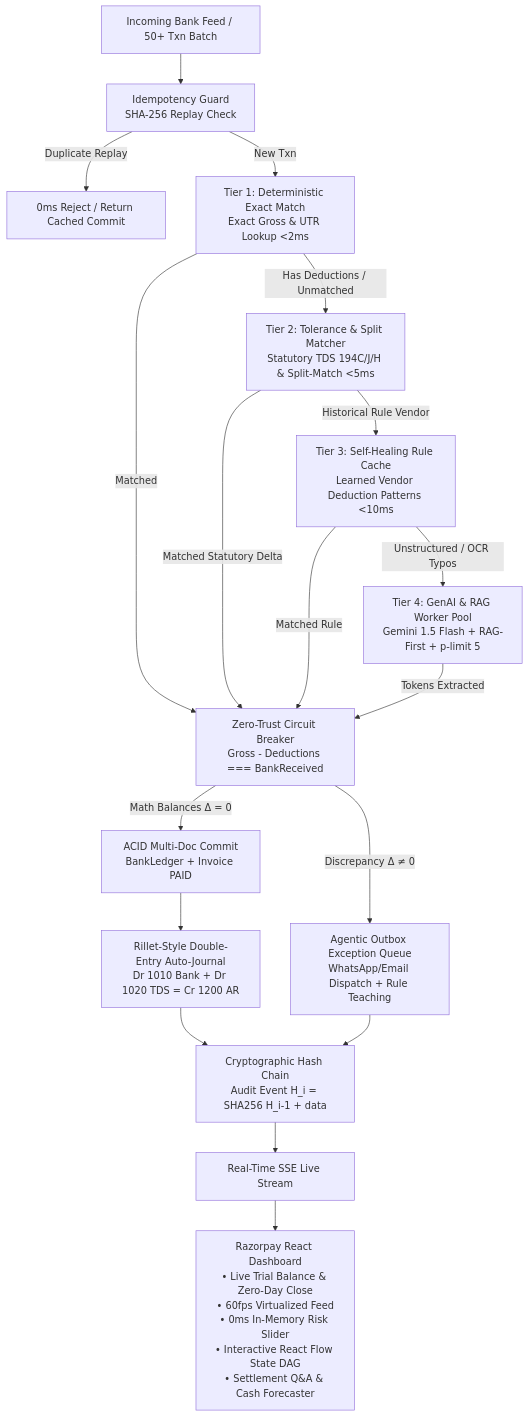
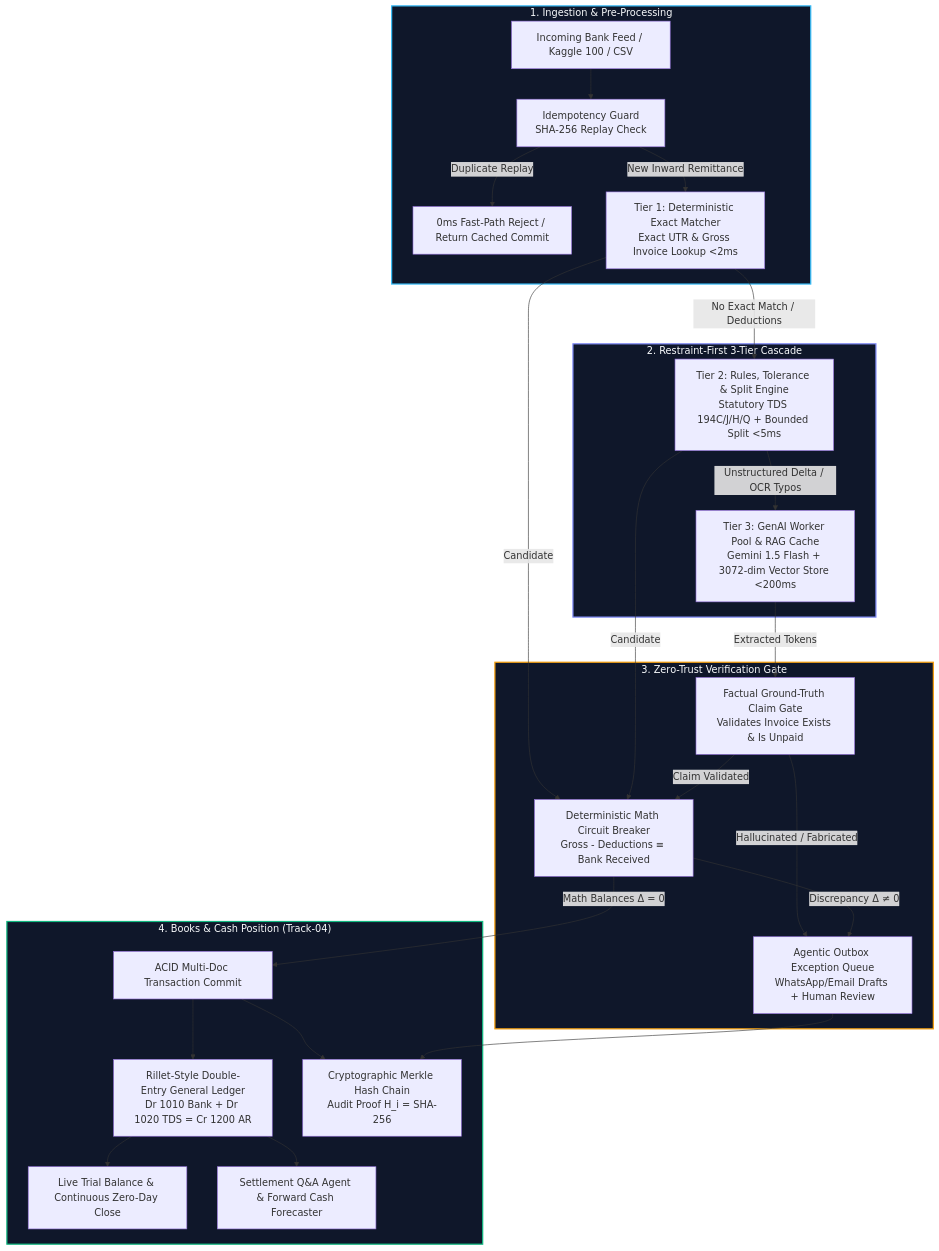
Before and after one commit to aakashverse/recon-ai: the diagram in README.md, drawn with Mermaid. The commit also changed other lines of this file, not shown here.

Commit message:
docs: rewrite README with comprehensive problem, architecture, impact, and rubric mapping

````diff
--- a/README.md
+++ b/README.md
@@ -46,27 +61,37 @@
 ```mermaid
 flowchart TD
-    A[Incoming Bank Feed / 50+ Txn Batch] --> B[Idempotency Guard<br/>SHA-256 Replay Check]
-    B -->|Duplicate Replay| B1[0ms Reject / Return Cached Commit]
-    B -->|New Txn| C[Tier 1: Deterministic Exact Match<br/>Exact Gross & UTR Lookup <2ms]
-    
-    C -->|Matched| CB[Zero-Trust Circuit Breaker<br/>Gross - Deductions === BankReceived]
-    C -->|Has Deductions / Unmatched| D[Tier 2: Tolerance & Split Matcher<br/>Statutory TDS 194C/J/H & Split-Match <5ms]
-    
-    D -->|Matched Statutory Delta| CB
-    D -->|Historical Rule Vendor| E[Tier 3: Self-Healing Rule Cache<br/>Learned Vendor Deduction Patterns <10ms]
-    
-    E -->|Matched Rule| CB
-    E -->|Unstructured / OCR Typos| F[Tier 4: GenAI & RAG Worker Pool<br/>Gemini 1.5 Flash + RAG-First + p-limit 5]
-    
-    F -->|Tokens Extracted| CB
-    
-    CB -->|Math Balances Δ = 0| G[ACID Multi-Doc Commit<br/>BankLedger + Invoice PAID]
-    CB -->|Discrepancy Δ ≠ 0| H[Agentic Outbox Exception Queue<br/>WhatsApp/Email Dispatch + Rule Teaching]
-    
-    G --> GL[Rillet-Style Double-Entry Auto-Journal<br/>Dr 1010 Bank + Dr 1020 TDS = Cr 1200 AR]
-    GL --> I[Cryptographic Hash Chain<br/>Audit Event H_i = SHA256 H_i-1 + data]
-    H --> I
-    
-    I --> J[Real-Time SSE Live Stream]
-    J --> K[Razorpay React Dashboard<br/>• Live Trial Balance & Zero-Day Close<br/>• 60fps Virtualized Feed<br/>• 0ms In-Memory Risk Slider<br/>• Interactive React Flow State DAG<br/>• Settlement Q&A & Cash Forecaster]
+    subgraph INGESTION["1. Ingestion & Pre-Processing"]
+        A[Incoming Bank Feed / Kaggle 100 / CSV] --> B[Idempotency Guard<br/>SHA-256 Replay Check]
+        B -->|Duplicate Replay| B1[0ms Fast-Path Reject / Return Cached Commit]
+        B -->|New Inward Remittance| TIER1
+    end
+
+    subgraph CASCADE["2. Restraint-First 3-Tier Cascade"]
+        TIER1[Tier 1: Deterministic Exact Matcher<br/>Exact UTR & Gross Invoice Lookup <2ms]
+        TIER1 -->|No Exact Match / Deductions| TIER2[Tier 2: Rules, Tolerance & Split Engine<br/>Statutory TDS 194C/J/H/Q + Bounded Split <5ms]
+        TIER2 -->|Unstructured Delta / OCR Typos| TIER3[Tier 3: GenAI Worker Pool & RAG Cache<br/>Gemini 1.5 Flash + 3072-dim Vector Store <200ms]
+    end
+
+    subgraph ZERO_TRUST["3. Zero-Trust Verification Gate"]
+        TIER1 -->|Candidate| CB[Deterministic Math Circuit Breaker<br/>Gross - Deductions ≡ Bank Received]
+        TIER2 -->|Candidate| CB
+        TIER3 -->|Extracted Tokens| FG[Factual Ground-Truth Claim Gate<br/>Validates Invoice Exists & Is Unpaid]
+        FG -->|Claim Validated| CB
+        FG -->|Hallucinated / Fabricated| OUTBOX[Agentic Outbox Exception Queue<br/>WhatsApp/Email Drafts + Human Review]
+    end
+
+    subgraph COMMIT_AUDIT["4. Books & Cash Position (Track-04)"]
+        CB -->|Math Balances Δ = 0| COMMIT[ACID Multi-Doc Transaction Commit]
+        CB -->|Discrepancy Δ ≠ 0| OUTBOX
+        COMMIT --> GL[Rillet-Style Double-Entry General Ledger<br/>Dr 1010 Bank + Dr 1020 TDS = Cr 1200 AR]
+        COMMIT --> HASH[Cryptographic Merkle Hash Chain<br/>Audit Proof H_i = SHA-256]
+        OUTBOX --> HASH
+        GL --> TB[Live Trial Balance & Continuous Zero-Day Close]
+        GL --> FORECAST[Settlement Q&A Agent & Forward Cash Forecaster]
+    end
+
+    style INGESTION fill:#0f172a,stroke:#38bdf8,stroke-width:2px,color:#f8fafc
+    style CASCADE fill:#0f172a,stroke:#818cf8,stroke-width:2px,color:#f8fafc
+    style ZERO_TRUST fill:#0f172a,stroke:#f59e0b,stroke-width:2px,color:#f8fafc
+    style COMMIT_AUDIT fill:#0f172a,stroke:#10b981,stroke-width:2px,color:#f8fafc
 ```
````
